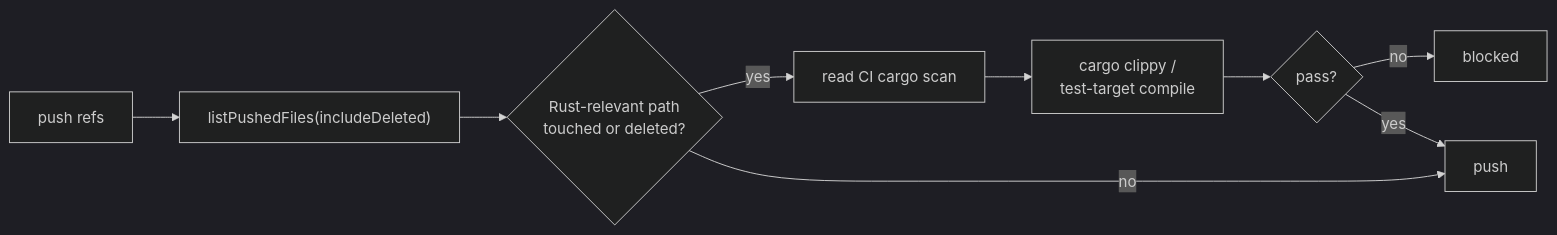
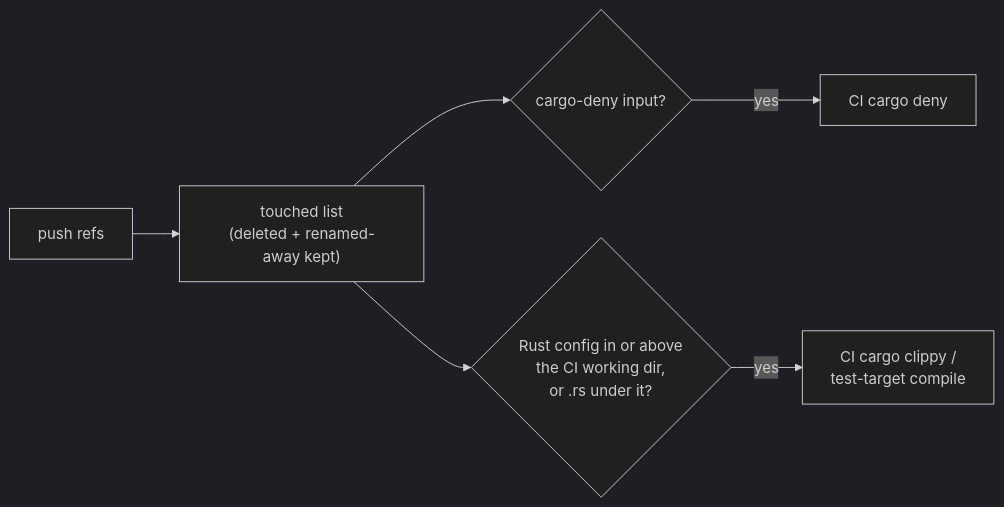
Before and after one commit to stSoftwareAU/VibeCoder: the diagram in docs/archive/pr-summaries/pr-summary-5169.md, drawn with Mermaid (dark theme). The commit also changed other lines of this file, not shown here.

First line of the commit message:
Write the PR summary for the cargo-deny and ancestor-config triggers (Issue #5169)

````diff
--- a/docs/archive/pr-summaries/pr-summary-5169.md
+++ b/docs/archive/pr-summaries/pr-summary-5169.md
@@ -59,9 +61,8 @@
 ```mermaid
 flowchart LR
-    P[push refs] --> T["listPushedFiles(includeDeleted)"]
-    T --> R{Rust-relevant path<br/>touched or deleted?}
-    R -- yes --> S[read CI cargo scan] --> C[cargo clippy /<br/>test-target compile] --> G{pass?}
-    G -- no --> B[blocked]
-    G -- yes --> OK[push]
-    R -- no --> OK
+    P[push refs] --> T["touched list<br/>(deleted + renamed-away kept)"]
+    T --> D{cargo-deny input?}
+    D -- yes --> CD[CI cargo deny]
+    T --> R{Rust config in or above<br/>the CI working dir,<br/>or .rs under it?}
+    R -- yes --> C[CI cargo clippy /<br/>test-target compile]
 ```
````
